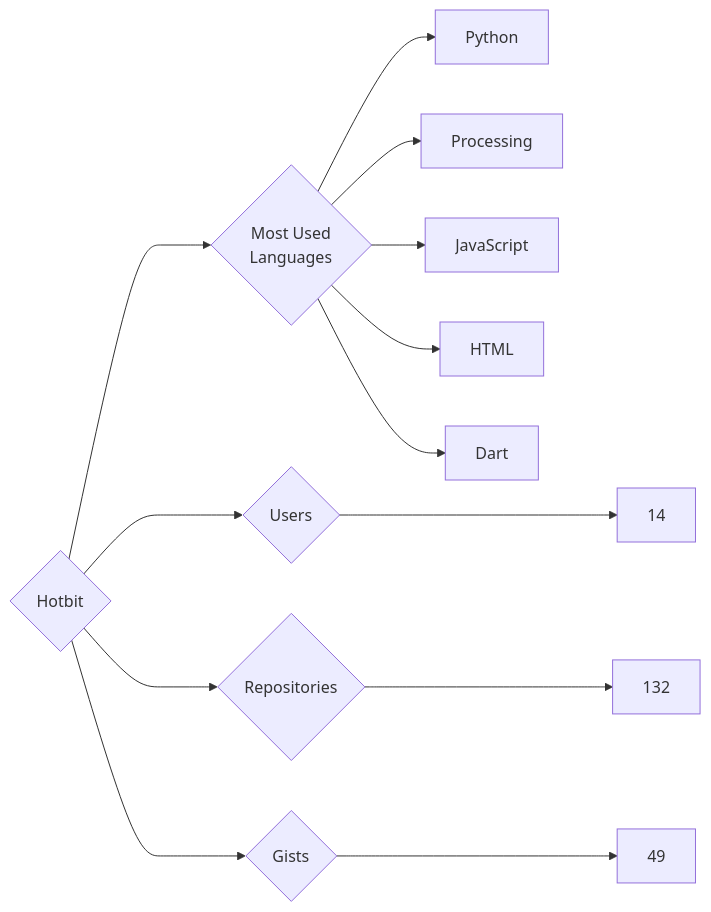
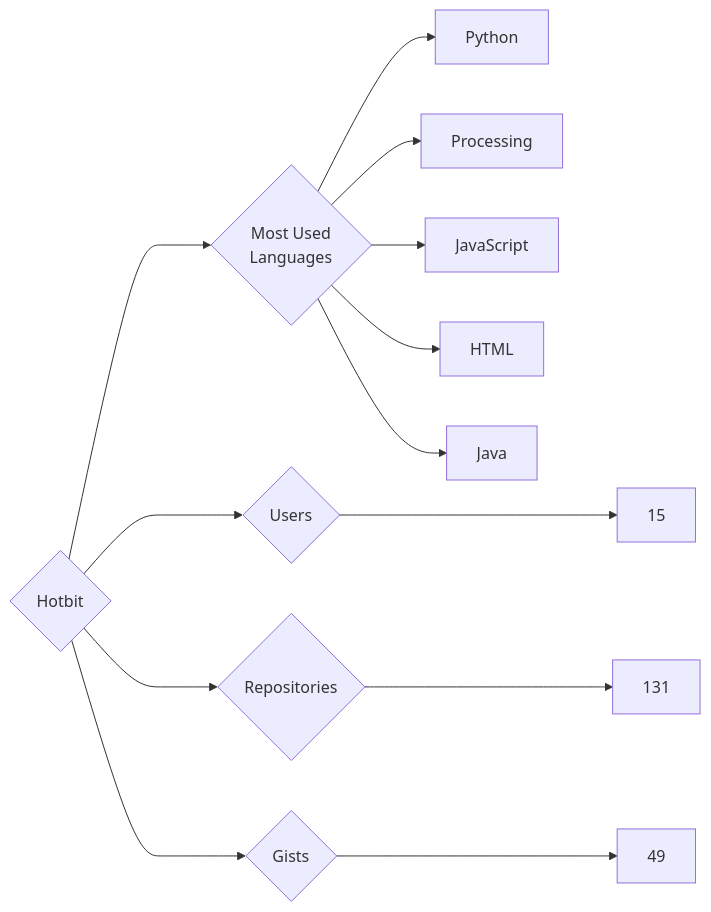
The diagram in targets/Hotbit/README.md (trickest/insiders), drawn with Mermaid before and after one commit. The commit also changed 1166 other files, not shown here.

````diff
--- a/targets/Hotbit/README.md
+++ b/targets/Hotbit/README.md
@@ -3,13 +3,13 @@
 ```mermaid
 graph LR
 COMPANY_NAME{Hotbit}
-COMPANY_NAME ---> U{Users} ---> UN[14]
-COMPANY_NAME ---> R{Repositories} ---> RN[132]
+COMPANY_NAME ---> U{Users} ---> UN[15]
+COMPANY_NAME ---> R{Repositories} ---> RN[131]
 COMPANY_NAME ---> G{Gists} ---> GN[49]
 COMPANY_NAME ---> ML{Most Used<br>Languages}
 ML --> Python[Python]
 ML --> Processing[Processing]
 ML --> JavaScript[JavaScript]
 ML --> HTML[HTML]
-ML --> Dart[Dart]
+ML --> Java[Java]
 ```
````
